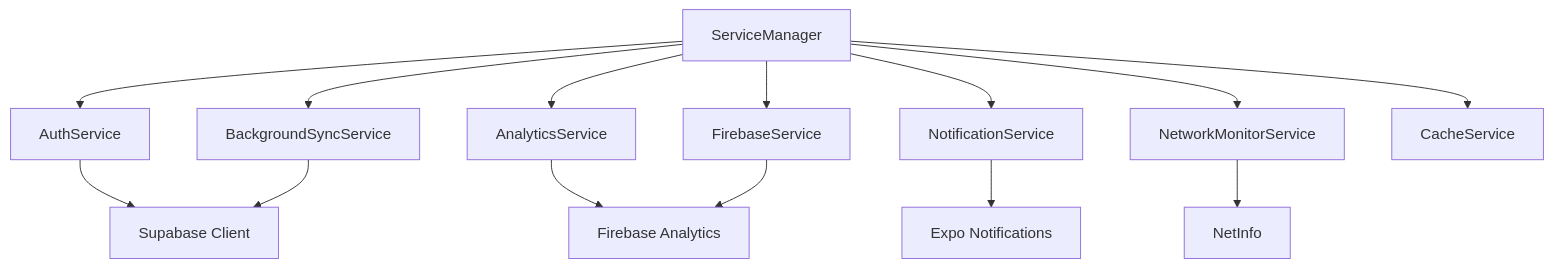
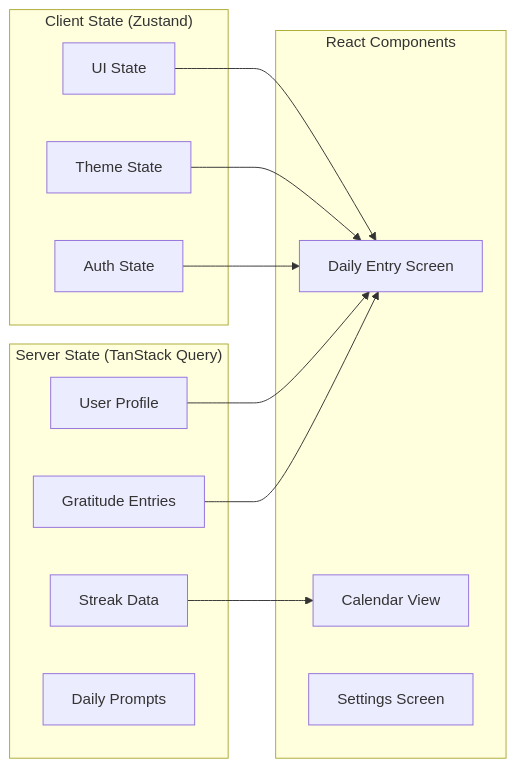
The second of 4 diagrams in docs/architecture.md (arthlor/Yeser), drawn with Mermaid before and after one commit. The commit also changed other lines of this file and 21 other files, not shown here.

````diff
--- a/docs/architecture.md
+++ b/docs/architecture.md
@@ -110,17 +187,28 @@
 ```mermaid
-graph TD
-    A[ServiceManager] --> B[AuthService]
-    A --> C[AnalyticsService]
-    A --> D[NotificationService]
-    A --> E[BackgroundSyncService]
-    A --> F[NetworkMonitorService]
-    A --> G[FirebaseService]
-    A --> H[CacheService]
+graph LR
+    subgraph "Server State (TanStack Query)"
+        A[Gratitude Entries]
+        B[User Profile]
+        C[Streak Data]
+        D[Daily Prompts]
+    end
 
-    B --> I[Supabase Client]
-    C --> J[Firebase Analytics]
-    D --> K[Expo Notifications]
-    E --> I
-    F --> L[NetInfo]
-    G --> J
+    subgraph "Client State (Zustand)"
+        E[Auth State]
+        F[Theme State]
+        G[UI State]
+    end
+
+    subgraph "React Components"
+        H[Daily Entry Screen]
+        I[Calendar View]
+        J[Settings Screen]
+    end
+
+    A --> H
+    B --> H
+    C --> I
+    E --> H
+    F --> H
+    G --> H
 ```
````
